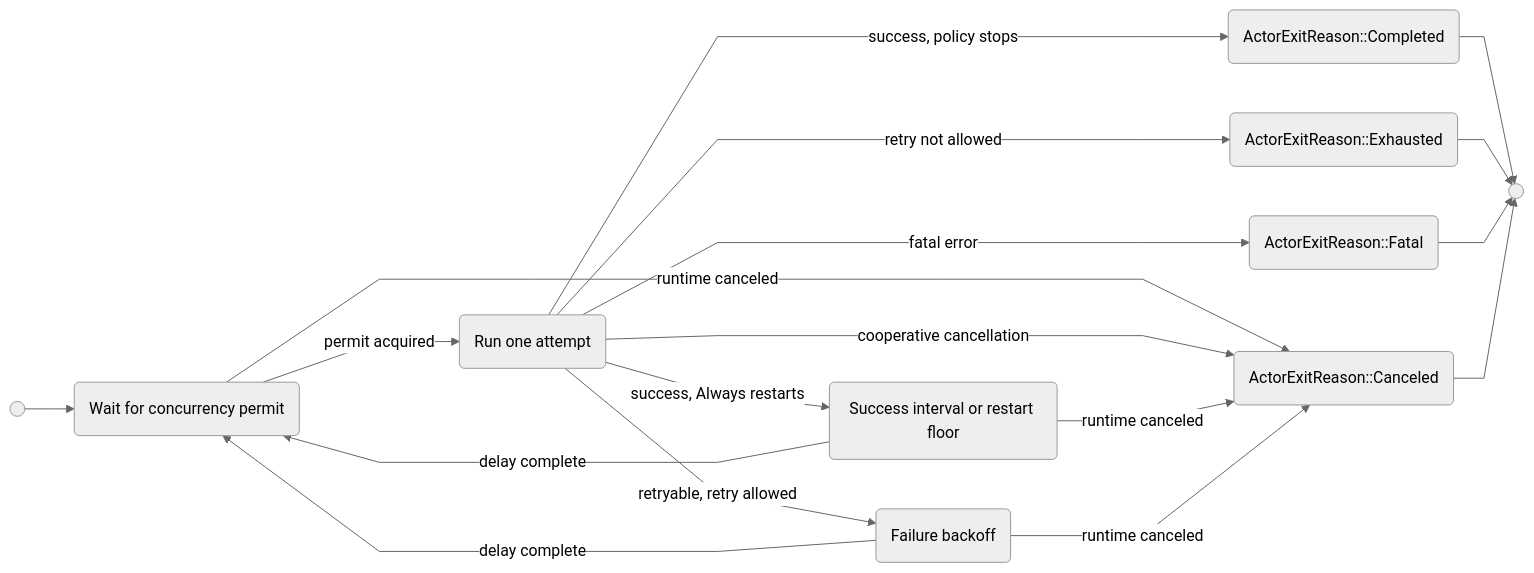
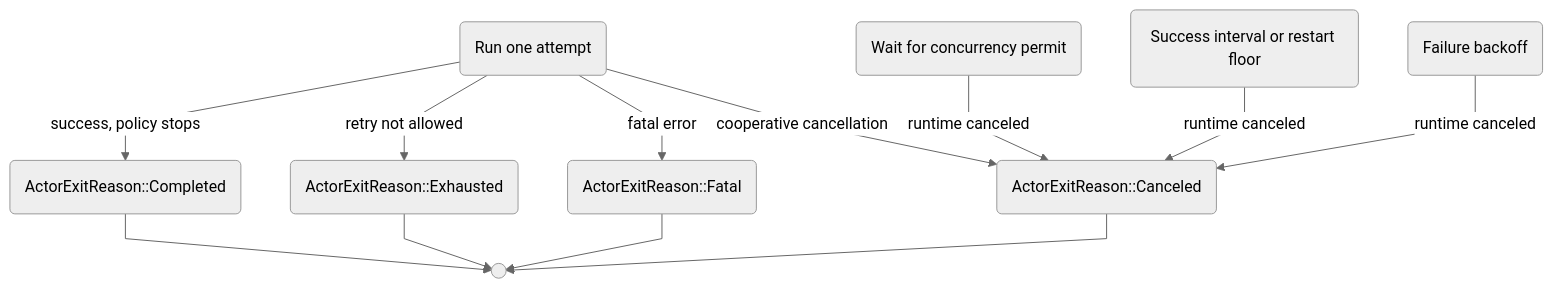
One commit to soltiHQ/taskvisor changed the sixth of 10 diagrams in src/ARCHITECTURE.md. Above: the diagram before and after it, drawn with Mermaid (neutral theme). The commit also changed other lines of this file, not shown here.

````diff
--- a/src/ARCHITECTURE.md
+++ b/src/ARCHITECTURE.md
@@ -120,35 +170,26 @@
 ```mermaid
 %%{init: {"flowchart": {"curve": "linear"}}}%%
-flowchart LR
-    Start(( ))
+flowchart TB
     Permit("Wait for concurrency permit")
     Attempt("Run one attempt")
     SuccessDelay("Success interval or restart floor")
     FailureDelay("Failure backoff")
     Completed("ActorExitReason::Completed")
     Exhausted("ActorExitReason::Exhausted")
     Fatal("ActorExitReason::Fatal")
     Canceled("ActorExitReason::Canceled")
     End(( ))
 
-    Start --> Permit
-    Permit -->|permit acquired| Attempt
     Permit -->|runtime canceled| Canceled
-
     Attempt -->|success, policy stops| Completed
-    Attempt -->|success, Always restarts| SuccessDelay
-    Attempt -->|retryable, retry allowed| FailureDelay
     Attempt -->|retry not allowed| Exhausted
     Attempt -->|fatal error| Fatal
     Attempt -->|cooperative cancellation| Canceled
-
-    SuccessDelay -->|delay complete| Permit
     SuccessDelay -->|runtime canceled| Canceled
-    FailureDelay -->|delay complete| Permit
     FailureDelay -->|runtime canceled| Canceled
 
     Completed --> End
     Exhausted --> End
     Fatal --> End
     Canceled --> End
 ```
````
